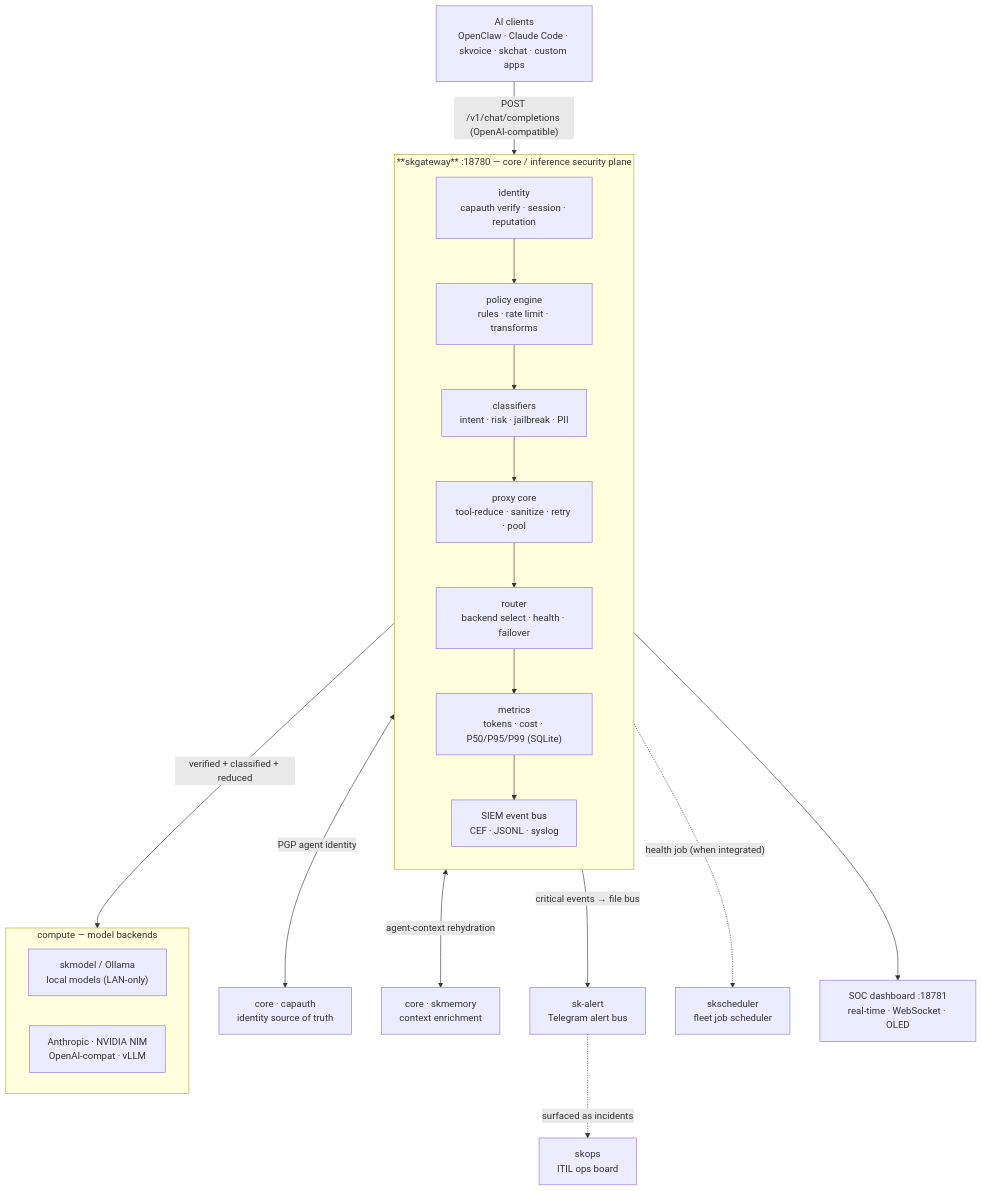
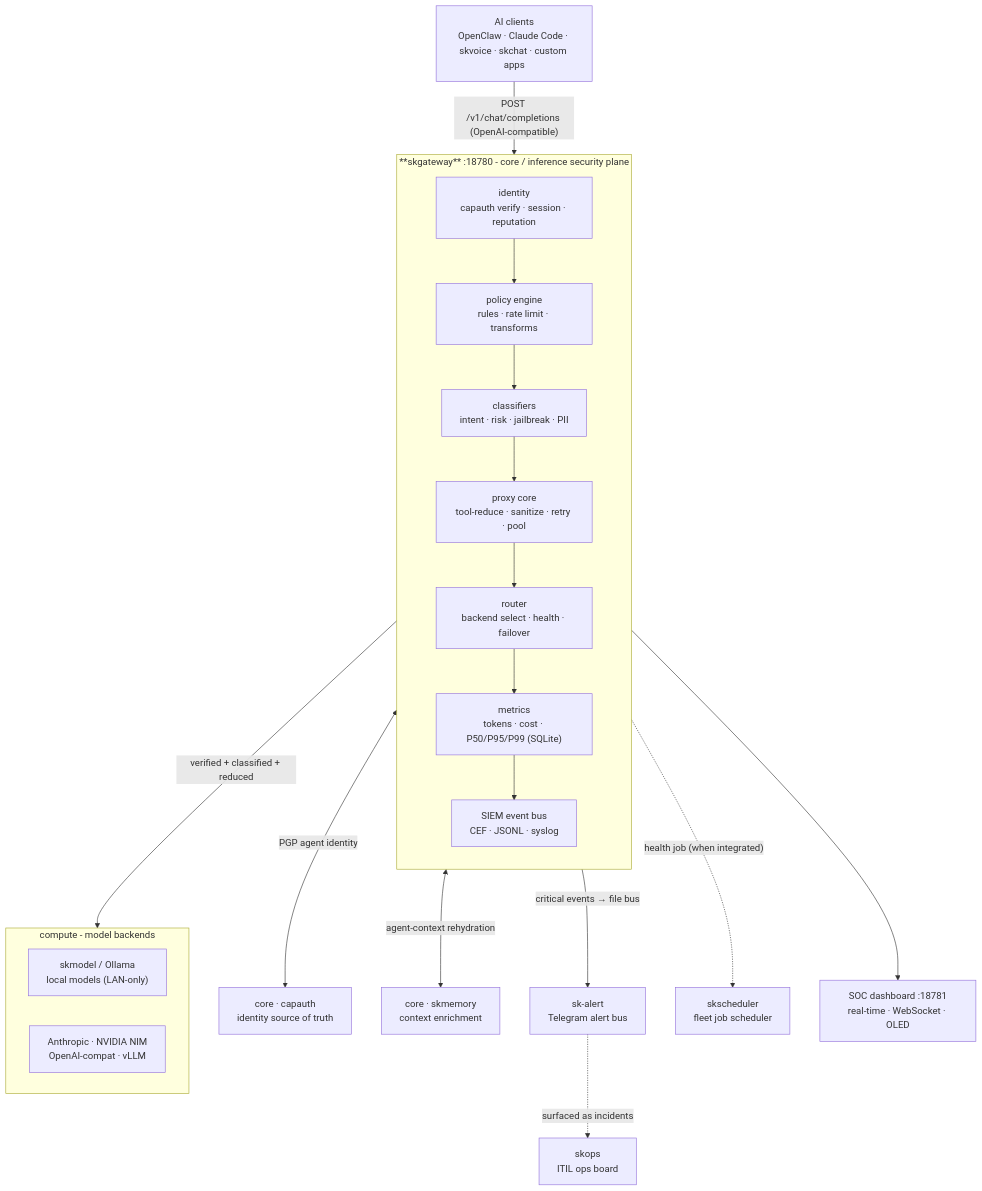
Before and after one commit to smilinTux/skgateway: the fifth of 5 diagrams in README.md, drawn with Mermaid. The commit also changed other lines of this file and 5 other files, not shown here.

````diff
--- a/README.md
+++ b/README.md
@@ -726,34 +726,34 @@
 ```mermaid
 flowchart TD
     CLIENTS["AI clients<br/>OpenClaw · Claude Code · skvoice · skchat · custom apps"]
     CLIENTS -->|"POST /v1/chat/completions (OpenAI-compatible)"| GW
 
-    subgraph GW["**skgateway** :18780 — core / inference security plane"]
+    subgraph GW["**skgateway** :18780 - core / inference security plane"]
       direction TB
       ID["identity<br/>capauth verify · session · reputation"]
       PE["policy engine<br/>rules · rate limit · transforms"]
       CL["classifiers<br/>intent · risk · jailbreak · PII"]
       PC["proxy core<br/>tool-reduce · sanitize · retry · pool"]
       RO["router<br/>backend select · health · failover"]
       ME["metrics<br/>tokens · cost · P50/P95/P99 (SQLite)"]
       SI["SIEM event bus<br/>CEF · JSONL · syslog"]
       ID --> PE --> CL --> PC --> RO
       RO --> ME --> SI
     end
 
     GW -->|"verified + classified + reduced"| COMPUTE
-    subgraph COMPUTE["compute — model backends"]
+    subgraph COMPUTE["compute - model backends"]
       direction LR
       SKMODEL["skmodel / Ollama<br/>local models (LAN-only)"]
       CLOUD["Anthropic · NVIDIA NIM<br/>OpenAI-compat · vLLM"]
     end
 
     GW <-->|"PGP agent identity"| CAPAUTH["core · capauth<br/>identity source of truth"]
     GW <-->|"agent-context rehydration"| SKMEM["core · skmemory<br/>context enrichment"]
     SI -->|"critical events → file bus"| ALERT["sk-alert<br/>Telegram alert bus"]
     GW -.->|"health job (when integrated)"| SCHED["skscheduler<br/>fleet job scheduler"]
     ALERT -.->|"surfaced as incidents"| OPS["skops<br/>ITIL ops board"]
 
     SOC["SOC dashboard :18781<br/>real-time · WebSocket · OLED"]
     GW --> SOC
 ```
````
